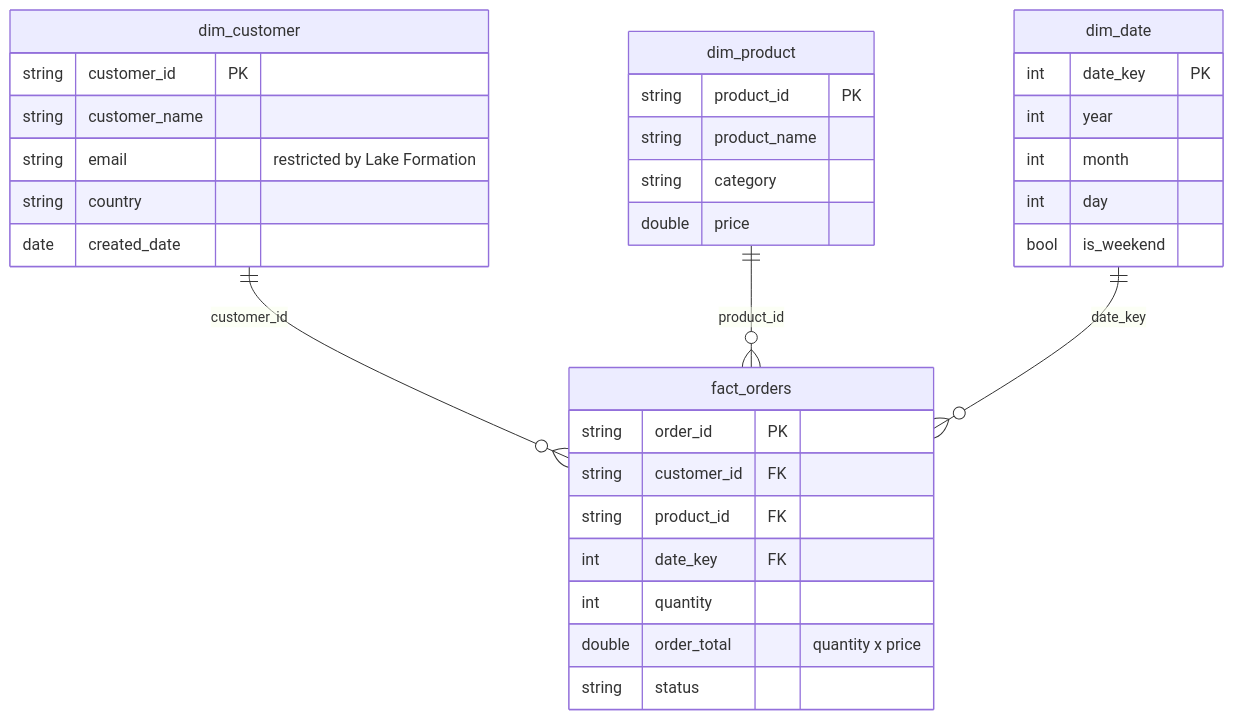
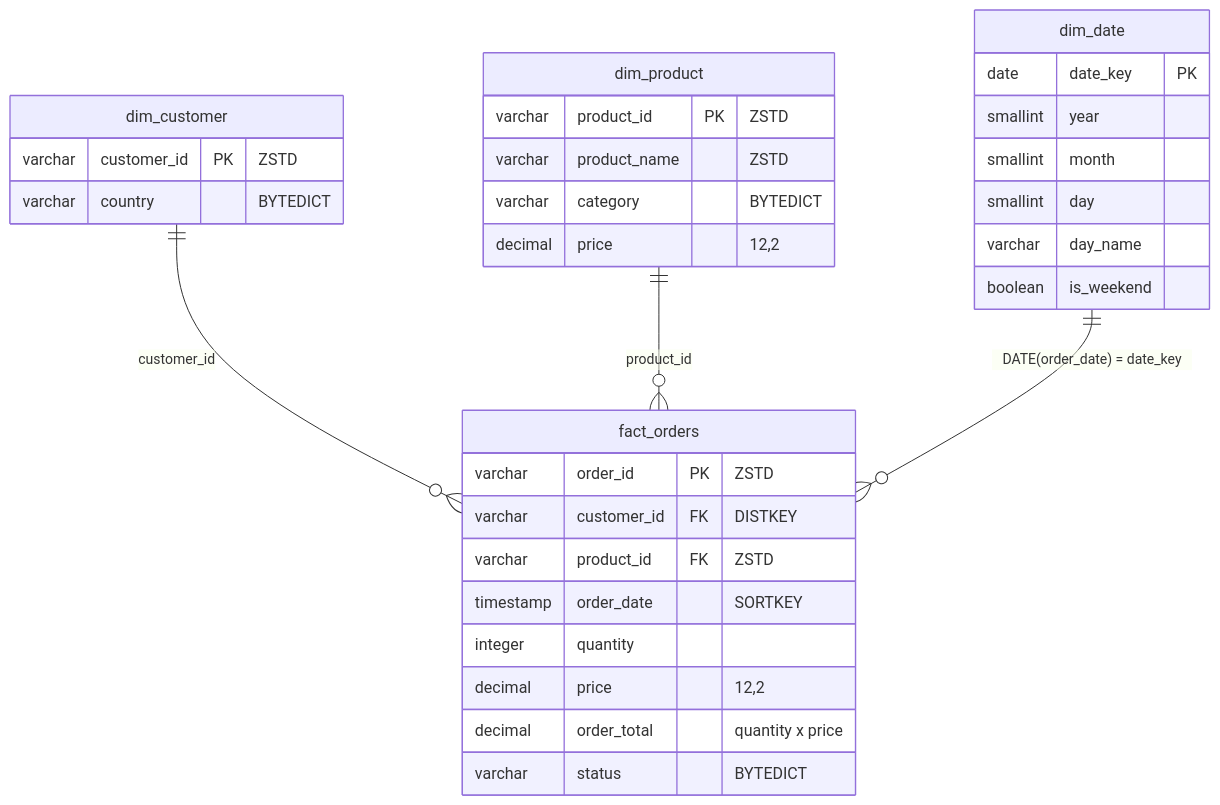
Before and after one commit to poojithaemani/AWS_retail_data_pipeline: the fourth of 4 diagrams in architecture/architecture.md, drawn with Mermaid. The commit also changed other lines of this file, not shown here.

Commit message:
architecture md update

````diff
--- a/architecture/architecture.md
+++ b/architecture/architecture.md
@@ -182,36 +182,35 @@
 ```mermaid
 erDiagram
     dim_customer ||--o{ fact_orders : "customer_id"
     dim_product  ||--o{ fact_orders : "product_id"
-    dim_date     ||--o{ fact_orders : "date_key"
+    dim_date     ||--o{ fact_orders : "DATE(order_date) = date_key"
 
     dim_customer {
-        string customer_id PK
-        string customer_name
-        string email "restricted by Lake Formation"
-        string country
-        date   created_date
+        varchar customer_id PK "ZSTD"
+        varchar country "BYTEDICT"
     }
     dim_product {
-        string product_id PK
-        string product_name
-        string category
-        double price
+        varchar product_id PK "ZSTD"
+        varchar product_name "ZSTD"
+        varchar category "BYTEDICT"
+        decimal price "12,2"
     }
     dim_date {
-        int  date_key PK
-        int  year
-        int  month
-        int  day
-        bool is_weekend
+        date     date_key PK
+        smallint year
+        smallint month
+        smallint day
+        varchar  day_name
+        boolean  is_weekend
     }
     fact_orders {
-        string order_id PK
-        string customer_id FK
-        string product_id FK
-        int    date_key FK
-        int    quantity
-        double order_total "quantity x price"
-        string status
+        varchar   order_id PK "ZSTD"
+        varchar   customer_id FK "DISTKEY"
+        varchar   product_id FK "ZSTD"
+        timestamp order_date "SORTKEY"
+        integer   quantity
+        decimal   price "12,2"
+        decimal   order_total "quantity x price"
+        varchar   status "BYTEDICT"
     }
 ```
````
